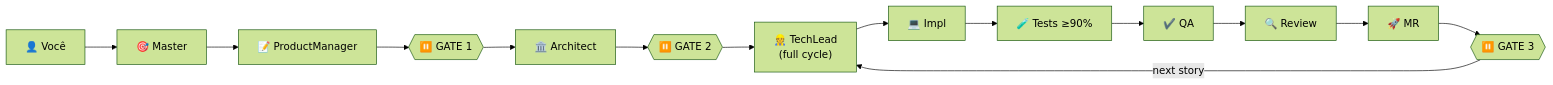
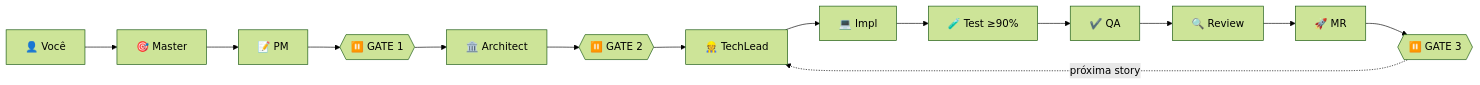
The diagram in README.md (dgofreitas/opencode-workflow), drawn with Mermaid (forest theme) before and after one commit. The commit also changed other lines of this file, not shown here.

````diff
--- a/README.md
+++ b/README.md
@@ -41,16 +133,16 @@
 ```mermaid
 graph LR
-    User["👤 Você"] --> OA["🎯 Master"]
-    OA --> PM[📝 ProductManager]
+    User["👤 Você"] --> Master["🎯 Master"]
+    Master --> PM[📝 PM]
     PM --> G1{{⏸️ GATE 1}}
     G1 --> Arch[🏛️ Architect]
     Arch --> G2{{⏸️ GATE 2}}
-    G2 --> TL["👷 TechLead<br/>(full cycle)"]
+    G2 --> TL["👷 TechLead"]
     TL --> Impl[💻 Impl]
-    Impl --> Test[🧪 Tests ≥90%]
+    Impl --> Test[🧪 Test ≥90%]
     Test --> QA[✔️ QA]
     QA --> Review[🔍 Review]
     Review --> MR[🚀 MR]
     MR --> G3{{⏸️ GATE 3}}
-    G3 -->|next story| TL
+    G3 -.->|próxima story| TL
 ```
````
